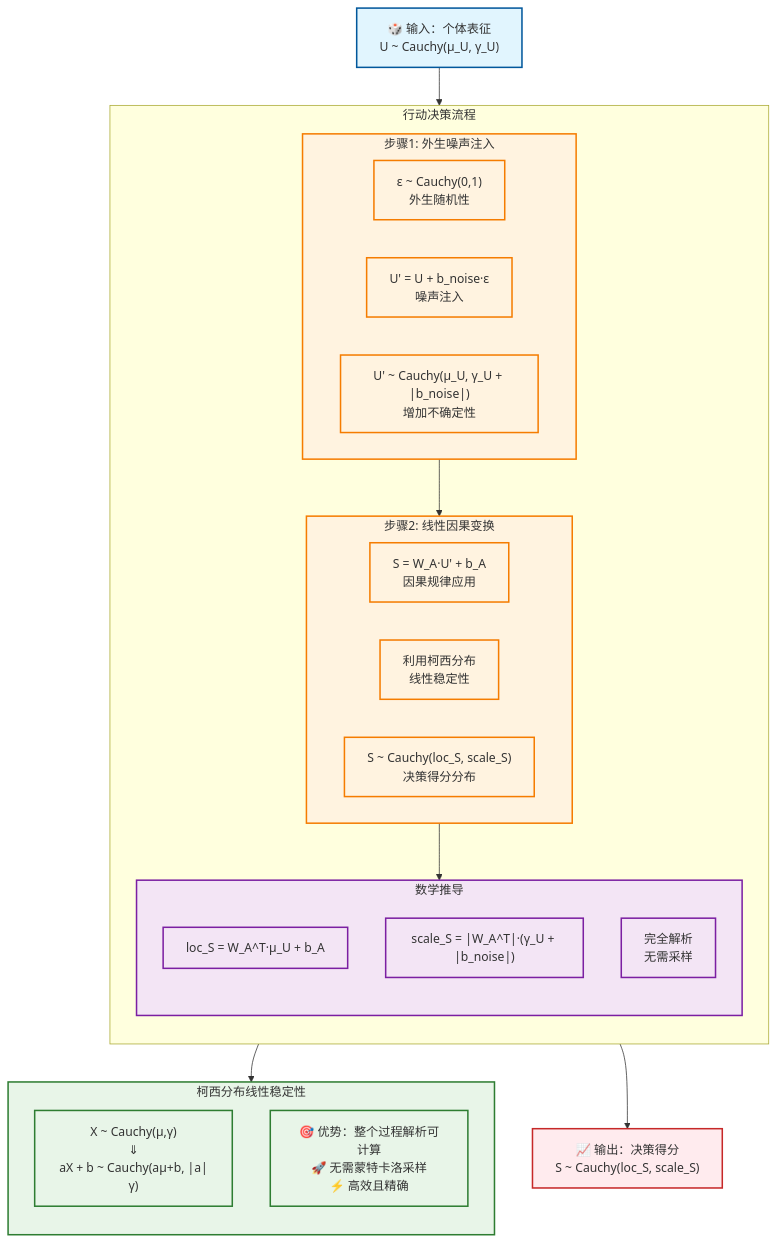
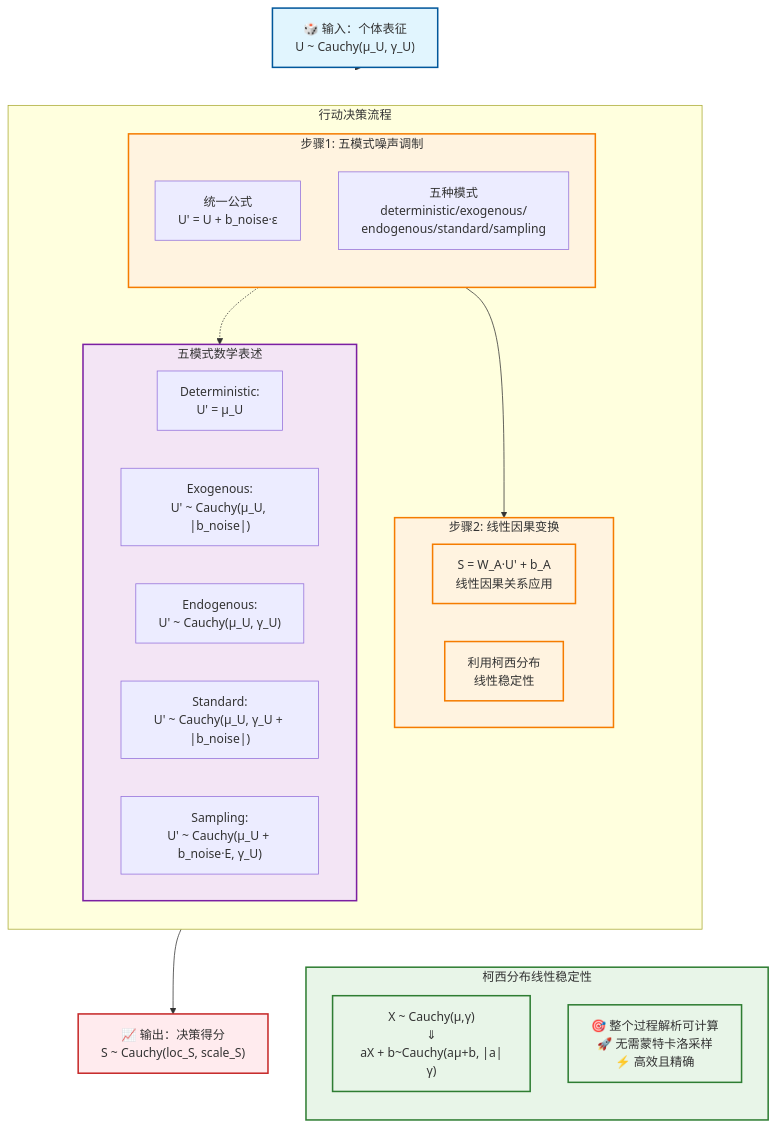
The fourth of 8 diagrams in causal_engine/MATHEMATICAL_FOUNDATIONS_CN.md (1587causalai/CausalQwen), drawn with Mermaid before and after one commit. The commit also changed other lines of this file and 2 other files, not shown here.

````diff
--- a/causal_engine/MATHEMATICAL_FOUNDATIONS_CN.md
+++ b/causal_engine/MATHEMATICAL_FOUNDATIONS_CN.md
@@ -245,54 +203,56 @@
 ```mermaid
 graph TB
     InputU["🎲 输入：个体表征<br/>U ~ Cauchy(μ_U, γ_U)"]
     
     subgraph ActionProcess["行动决策流程"]
         direction TB
         
-        subgraph Step1["步骤1: 外生噪声注入"]
-            direction LR
-            Noise["ε ~ Cauchy(0,1)<br/>外生随机性"]
-            Injection["U' = U + b_noise·ε<br/>噪声注入"]
-            Result1["U' ~ Cauchy(μ_U, γ_U + |b_noise|)<br/>增加不确定性"]
+        subgraph Step1["步骤1: 五模式噪声调制"]
+            direction TB
+            Formula["统一公式<br/>U' = U + b_noise·ε"]
+            Modes["五种模式<br/>deterministic/exogenous/<br/>endogenous/standard/sampling"]
         end
         
         subgraph Step2["步骤2: 线性因果变换"]
             direction LR
-            Transform["S = W_A·U' + b_A<br/>因果规律应用"]
+            Transform["S = W_A·U' + b_A<br/>线性因果关系应用"]
             Linear["利用柯西分布<br/>线性稳定性"]
-            Result2["S ~ Cauchy(loc_S, scale_S)<br/>决策得分分布"]
         end
         
-        subgraph Mathematics["数学推导"]
-            direction TB
-            Loc["loc_S = W_A^T·μ_U + b_A"]
-            Scale["scale_S = |W_A^T|·(γ_U + |b_noise|)"]
-            Final["完全解析<br/>无需采样"]
+        subgraph Mathematics["五模式数学表述"]
+            direction LR
+            Det["Deterministic:<br/>U' = μ_U"]
+            Exo["Exogenous:<br/>U' ~ Cauchy(μ_U, |b_noise|)"]
+            Endo["Endogenous:<br/>U' ~ Cauchy(μ_U, γ_U)"]
+            Std["Standard:<br/>U' ~ Cauchy(μ_U, γ_U + |b_noise|)"]
+            Samp["Sampling:<br/>U' ~ Cauchy(μ_U + b_noise·E, γ_U)"]
         end
     end
     
-    InputU --> Step1 --> Step2 --> Mathematics
     
     subgraph LinearStability["柯西分布线性稳定性"]
         direction TB
-        Property["X ~ Cauchy(μ,γ)<br/>⇓<br/>aX + b ~ Cauchy(aμ+b, |a|γ)"]
-        Advantage["🎯 优势：整个过程解析可计算<br/>🚀 无需蒙特卡洛采样<br/>⚡ 高效且精确"]
+        Property["X ~ Cauchy(μ,γ)<br/>⇓<br/>aX + b~Cauchy(aμ+b, |a|γ)"]
+        Advantage["🎯 整个过程解析可计算<br/>🚀 无需蒙特卡洛采样<br/>⚡ 高效且精确"]
     end
     
-    Mathematics --> LinearStability
+    InputU --> Step1 --> Step2 --> OutputS
+
+
+    Mathematics ~~~ LinearStability
+    Modes .-> Mathematics
     
     OutputS["📈 输出：决策得分<br/>S ~ Cauchy(loc_S, scale_S)"]
-    Mathematics --> OutputS
     
     classDef inputStyle fill:#e1f5fe,stroke:#01579b,stroke-width:2px
     classDef stepStyle fill:#fff3e0,stroke:#f57c00,stroke-width:2px
     classDef mathStyle fill:#f3e5f5,stroke:#7b1fa2,stroke-width:2px
     classDef stabilityStyle fill:#e8f5e8,stroke:#2e7d32,stroke-width:2px
     classDef outputStyle fill:#ffebee,stroke:#c62828,stroke-width:2px
     
     class InputU inputStyle
     class Step1,Step2,Noise,Injection,Result1,Transform,Linear,Result2 stepStyle
     class Mathematics,Loc,Scale,Final mathStyle
     class LinearStability,Property,Advantage stabilityStyle
     class OutputS outputStyle
 ```
````
